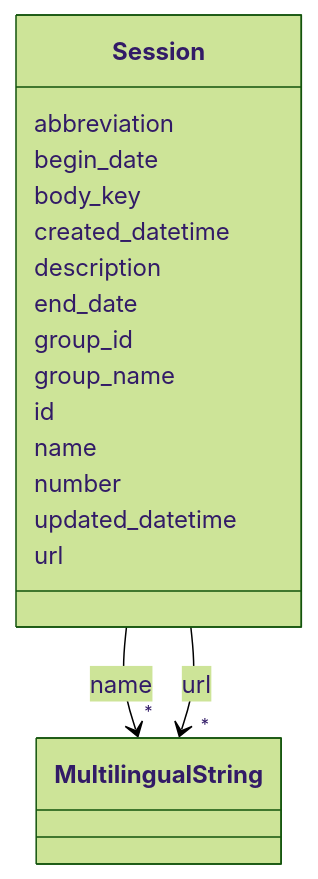
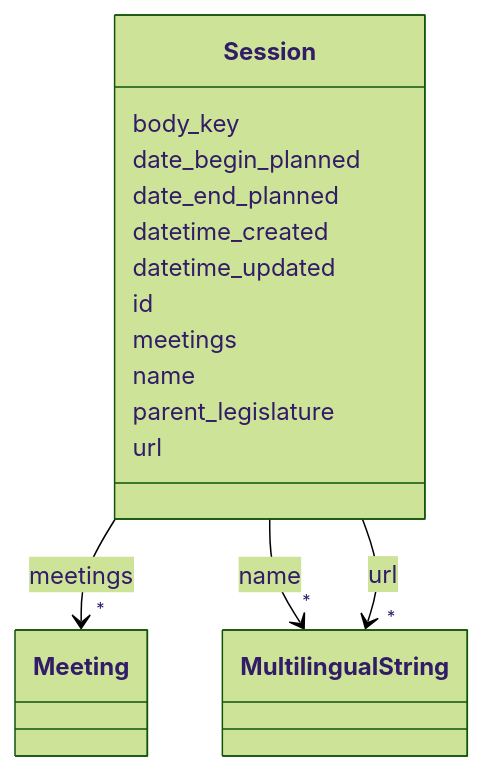
Before and after one commit to swiss/political-affairs-ech-group: the diagram in ech-0293_operations/output/docs/Session.md, drawn with Mermaid (forest theme). The commit also changed other lines of this file and 174 other files, not shown here.

````diff
--- a/ech-0293_operations/output/docs/Session.md
+++ b/ech-0293_operations/output/docs/Session.md
@@ -14,50 +22,53 @@
 ```mermaid
  classDiagram
     class Session
-    click Session href "../Session"
-      Session : abbreviation
-        
-      Session : begin_date
-        
+    click Session href "../Session/"
       Session : body_key
         
-      Session : created_datetime
+      Session : date_begin_planned
         
-      Session : description
+      Session : date_end_planned
         
-      Session : end_date
+      Session : datetime_created
         
-      Session : group_id
-        
-      Session : group_name
+      Session : datetime_updated
         
       Session : id
+        
+      Session : meetings
+        
+          
+    
+        
+        
+        Session --> "*" Meeting : meetings
+        click Meeting href "../Meeting/"
+    
+
         
       Session : name
         
           
     
         
         
         Session --> "*" MultilingualString : name
-        click MultilingualString href "../MultilingualString"
+        click MultilingualString href "../MultilingualString/"
     
 
         
-      Session : number
-        
-      Session : updated_datetime
+      Session : parent_legislature
         
       Session : url
         
           
     
         
         
         Session --> "*" MultilingualString : url
-        click MultilingualString href "../MultilingualString"
+        click MultilingualString href "../MultilingualString/"
     
 
         
       
 ```
````
